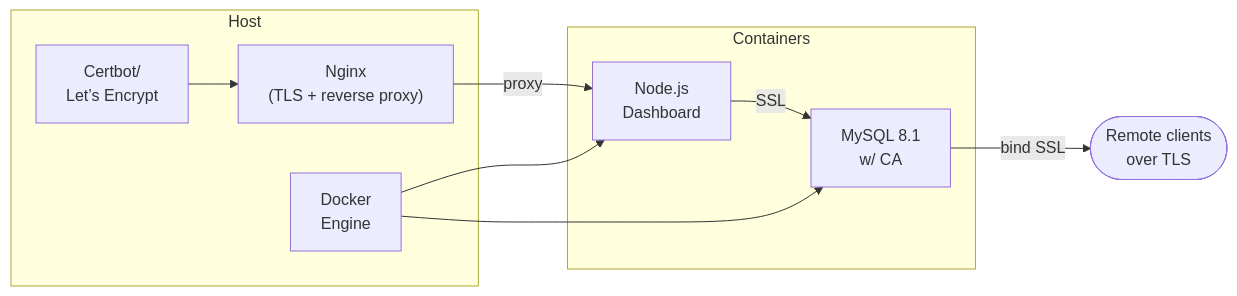
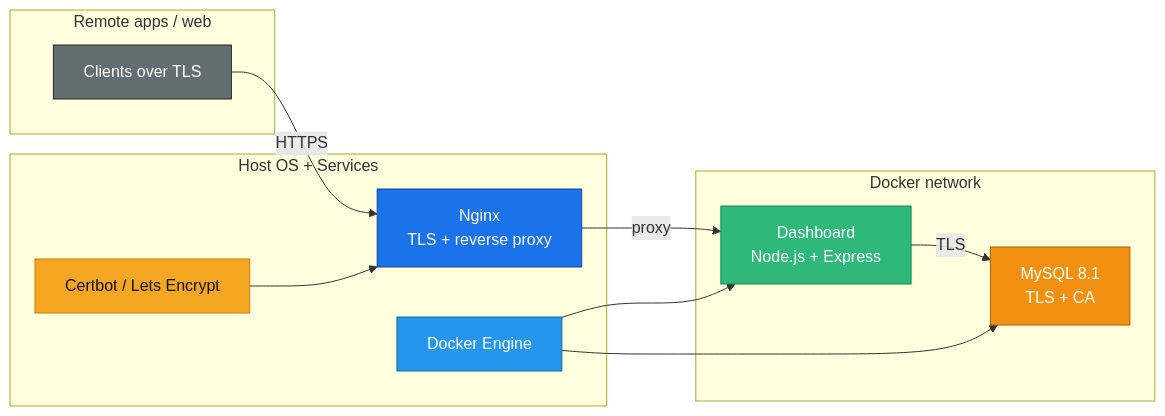
Before and after one commit to adhielesmana/DatabaseManager: the diagram in README.md, drawn with Mermaid. The commit also changed other lines of this file and 2 other files, not shown here.

````diff
--- a/README.md
+++ b/README.md
@@ -26,18 +24,33 @@
 ```mermaid
 flowchart LR
-  subgraph Host
-    nginx["Nginx\n(TLS + reverse proxy)"]
-    certbot["Certbot/\nLet’s Encrypt"]
-    docker["Docker\nEngine"]
+  subgraph HostNode[Host OS + Services]
+    NGINX[Nginx<br/>TLS + reverse proxy]
+    CERTBOT[Certbot / Lets Encrypt]
+    DOCKER[Docker Engine]
   end
-  subgraph Containers
-    mysql["MySQL 8.1\nw/ CA"]
-    dashboard["Node.js\nDashboard"]
+  subgraph Containers[Docker network]
+    DASH[Dashboard<br/>Node.js + Express]
+    MYSQL[MySQL 8.1<br/>TLS + CA]
   end
-  nginx -->|proxy| dashboard
-  dashboard -->|SSL| mysql
-  docker --> mysql
-  docker --> dashboard
-  certbot --> nginx
-  mysql --bind SSL--> clients(["Remote clients\nover TLS"])
-```
+  subgraph Clients[Remote apps / web]
+    CLIENTS[Clients over TLS]
+  end
+  CLIENTS -->|HTTPS| NGINX
+  NGINX -->|proxy| DASH
+  DASH -->|TLS| MYSQL
+  DOCKER --> DASH
+  DOCKER --> MYSQL
+  CERTBOT --> NGINX
+  classDef nginx fill:#1a73e8,stroke:#0c47a1,color:#fff;
+  classDef docker fill:#2496ed,stroke:#176ea8,color:#fff;
+  classDef mysql fill:#f29111,stroke:#ac6100,color:#fff;
+  classDef dashboard fill:#2eb879,stroke:#1a8c5b,color:#fff;
+  classDef clients fill:#636e72,stroke:#1e272e,color:#fff;
+  classDef certbot fill:#f5a623,stroke:#d17b00,color:#111;
+  class NGINX nginx;
+  class DOCKER docker;
+  class MYSQL mysql;
+  class DASH dashboard;
+  class CLIENTS clients;
+  class CERTBOT certbot;
+``` 
````
